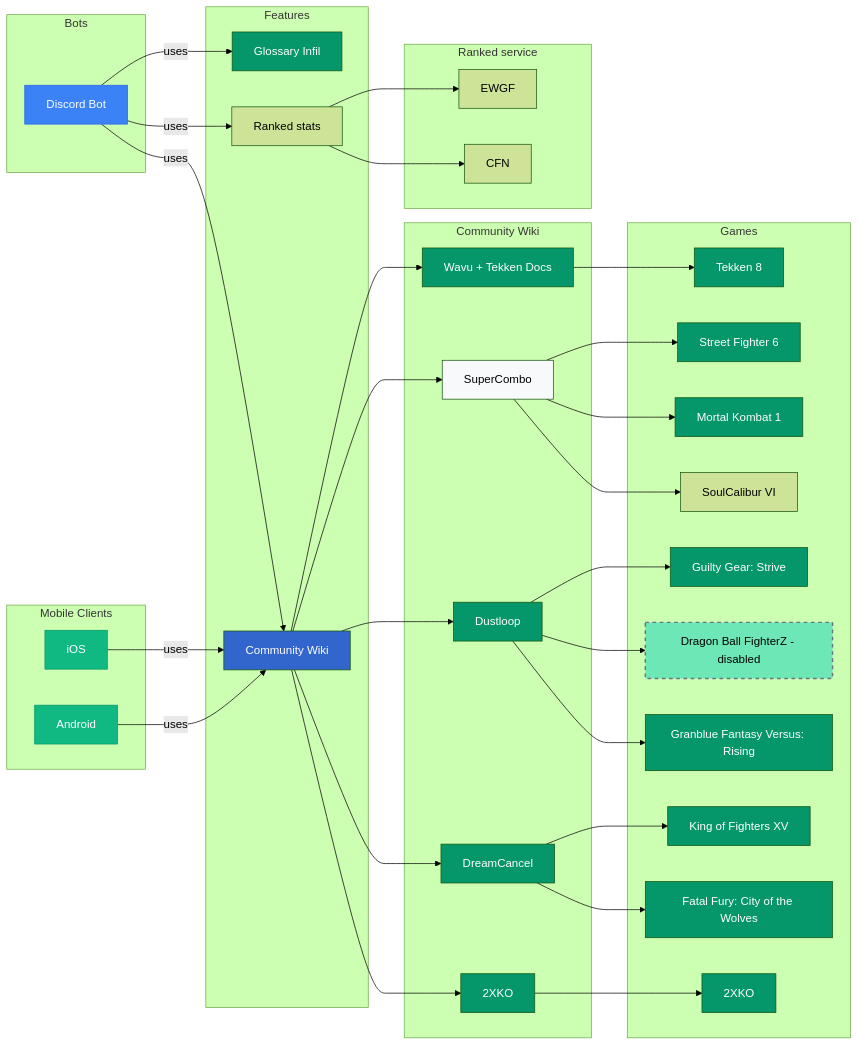
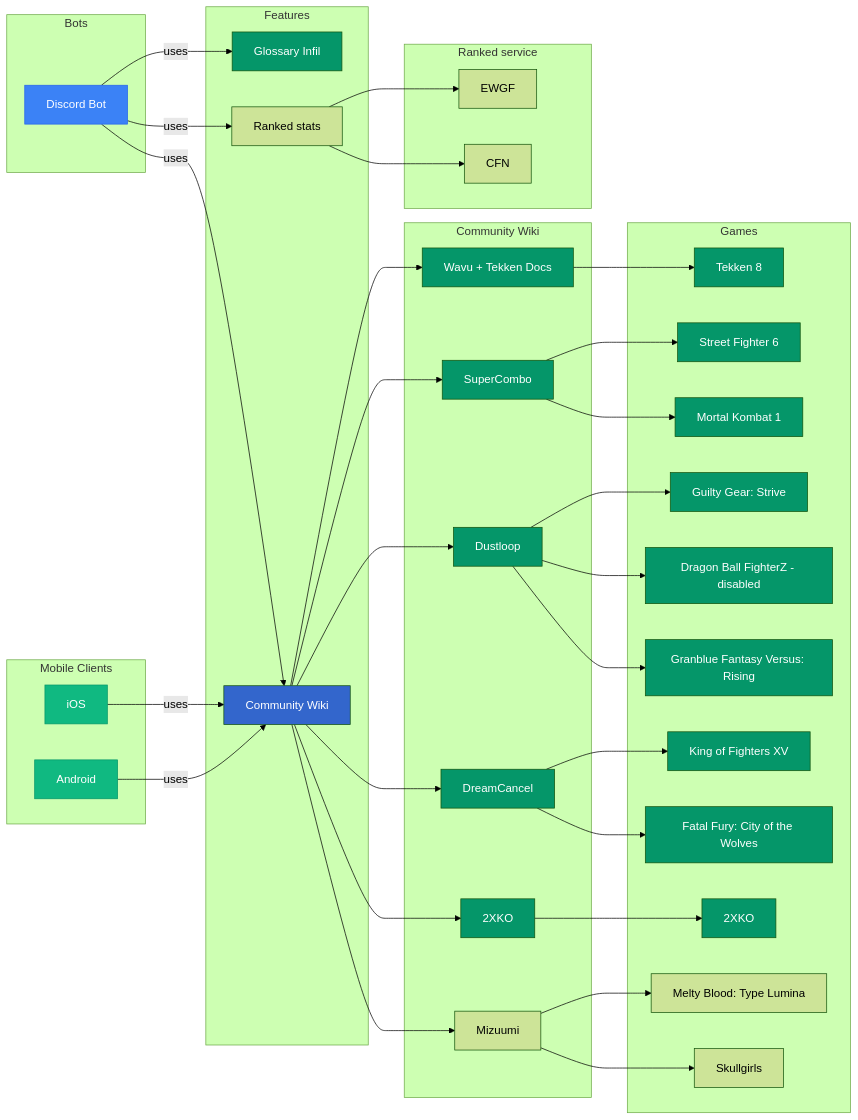
Before and after one commit to Sophon/FightingNerd: the diagram in mermaid/modules.mmd, drawn with Mermaid (forest theme). The commit also changed 28 other files, not shown here.

```diff
--- a/mermaid/modules.mmd
+++ b/mermaid/modules.mmd
@@ -1,89 +1,93 @@
 graph LR
     subgraph Bots
         discordBot[Discord Bot]
     end
 
     subgraph "Mobile Clients"
         android[Android]
         iOS[iOS]
     end
 
     subgraph Features
         glossaryInfil[Glossary Infil]
         communityWiki[Community Wiki]
         elo[Ranked stats]
     end
 
     subgraph Community Wiki
         wikiWavu[Wavu + Tekken Docs]
         supercombo[SuperCombo]
         2xko[2XKO]
         dustloop[Dustloop]
         dreamcancel[DreamCancel]
+        mizuumi[Mizuumi]
     end
 
     subgraph Games
         t8[Tekken 8]
         sf6[Street Fighter 6]
         mk1[Mortal Kombat 1]
-        sc6[SoulCalibur VI]
         ggst[Guilty Gear: Strive]
         dbfz[Dragon Ball FighterZ - disabled]
         gbvsr[Granblue Fantasy Versus: Rising]
         kof15[King of Fighters XV]
         cotw[Fatal Fury: City of the Wolves]
         xko[2XKO]
+        melty[Melty Blood: Type Lumina]
+        sg[Skullgirls]
     end
 
     subgraph Ranked service
         ewgf[EWGF]
         cfn[CFN]
     end
 
     android -->|uses| communityWiki
     iOS -->|uses| communityWiki
 
     discordBot -->|uses| glossaryInfil
     discordBot -->|uses| communityWiki
     discordBot -->|uses| elo
 
     communityWiki --> wikiWavu
     communityWiki --> supercombo
     communityWiki --> 2xko
     communityWiki --> dreamcancel
     communityWiki --> dustloop
+    communityWiki --> mizuumi
 
     elo --> ewgf
     elo --> cfn
 
     wikiWavu --> t8
     supercombo --> sf6
     supercombo --> mk1
-    supercombo --> sc6
     dustloop --> ggst
     dustloop --> dbfz
     dustloop --> gbvsr
     2xko --> xko
     dreamcancel --> kof15
     dreamcancel --> cotw
+    mizuumi --> melty
+    mizuumi --> sg
 
 
-    style discordBot fill:#3B82F6,stroke:#2563EB,color:#fff
-    style android fill:#10B981,stroke:#059669,color:#fff
-    style iOS fill:#10B981,stroke:#059669,color:#fff
-    style glossaryInfil fill:#059669,color:#fff
-    style communityWiki fill:#3366CC,color:#fff
-    style wikiWavu fill:#059669,color:#fff
-    style supercombo fill:#F8F9FA,color:#000000
+    style discordBot fill:#3B82F6,stroke:#2563EB, color:#fff
+    style android fill:#10B981,stroke:#059669, color:#fff
+    style iOS fill:#10B981,stroke:#059669, color:#fff
+    style glossaryInfil fill:#059669, color:#fff
+    style communityWiki fill:#3366CC, color:#fff
+    style wikiWavu fill:#059669, color:#fff
+    style supercombo fill:#059669, color:#fff
     style dreamcancel fill:#059669, color:#fff
-    style dustloop fill:#059669,color:#fff
-    style 2xko fill:#059669,color:#fff
+    style dustloop fill:#059669, color:#fff
+    style 2xko fill:#059669, color:#fff
     style t8 fill:#059669, color:#fff
     style sf6 fill:#059669, color:#fff
     style xko fill:#059669, color:#fff
-    style kof15 fill:#059669,color:#fff
-    style cotw fill:#059669,color:#fff
-    style ggst fill:#059669,color:#fff
-    style mk1 fill:#059669,color:#fff
-    style dbfz fill:#6EE7B7,color:#000000,stroke:#6B7280,stroke-width:2,stroke-dasharray:5 5
-    style gbvsr fill:#059669,color:#fff
+    style kof15 fill:#059669, color:#fff
+    style cotw fill:#059669, color:#fff
+    style ggst fill:#059669, color:#fff
+    style mk1 fill:#059669, color:#fff
+    style dbfz fill:#059669, color:#fff
+    style gbvsr fill:#059669, color:#fff
```
